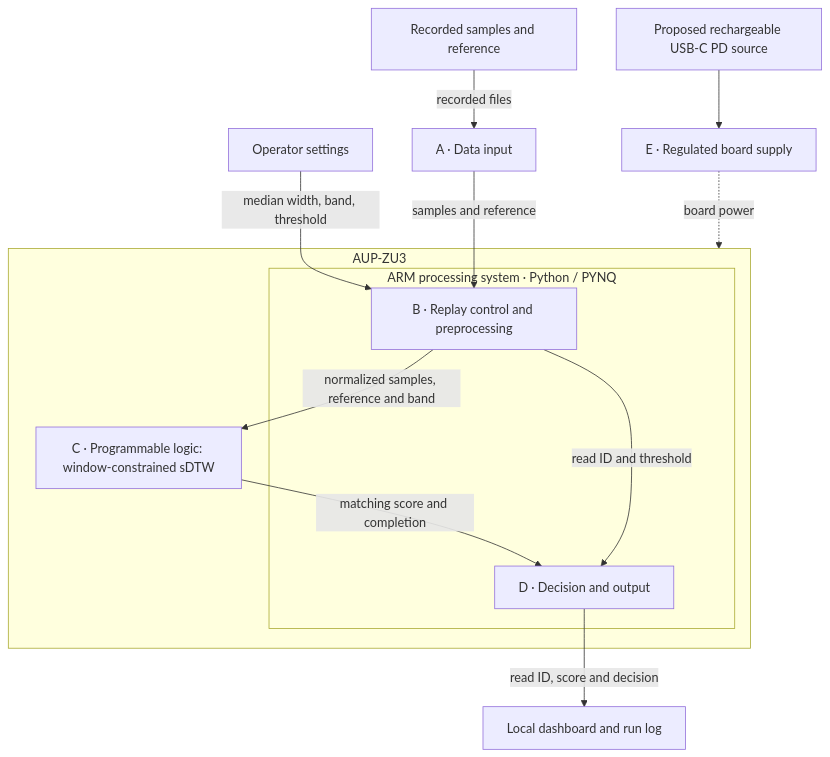
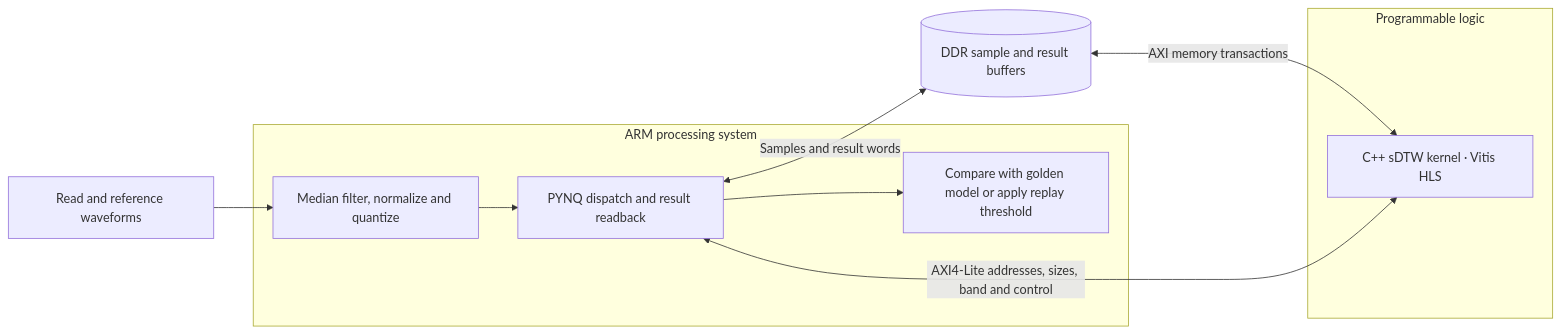
Before and after one commit to Team-12R/PocketFilter: the diagram in README.md, drawn with Mermaid. The commit also changed other lines of this file, not shown here.

Commit message:
Make the PocketFilter README a standalone engineering guide

````diff
--- a/README.md
+++ b/README.md
@@ -26,19 +11,18 @@
 ```mermaid
-flowchart TB
-    files["Recorded samples and reference"] -->|"recorded files"| input["A · Data input"]
-    operator["Operator settings"] -->|"median width, band, threshold"| control
-    subgraph board["AUP-ZU3"]
-      subgraph ps["ARM processing system · Python / PYNQ"]
-        control["B · Replay control and preprocessing"]
-        output["D · Decision and output"]
-      end
-      kernel["C · Programmable logic: window-constrained sDTW"]
-      control -->|"normalized samples, reference and band"| kernel
-      kernel -->|"matching score and completion"| output
-      control -->|"read ID and threshold"| output
+flowchart LR
+    INPUT["Read and reference waveforms"] --> CONDITION
+    subgraph PS["ARM processing system"]
+        CONDITION["Median filter, normalize and quantize"]
+        HOST["PYNQ dispatch and result readback"]
+        DECISION["Compare with golden model or apply replay threshold"]
+        CONDITION --> HOST
+        HOST --> DECISION
     end
-    input -->|"samples and reference"| control
-    supply["Proposed rechargeable USB-C PD source"] --> power
-    power["E · Regulated board supply"] -.->|"board power"| board
-    output -->|"read ID, score and decision"| log["Local dashboard and run log"]
+    DDR[("DDR sample and result buffers")]
+    subgraph PL["Programmable logic"]
+        KERNEL["C++ sDTW kernel · Vitis HLS"]
+    end
+    HOST <-->|"Samples and result words"| DDR
+    DDR <-->|"AXI memory transactions"| KERNEL
+    HOST <-->|"AXI4-Lite addresses, sizes, band and control"| KERNEL
 ```
````
